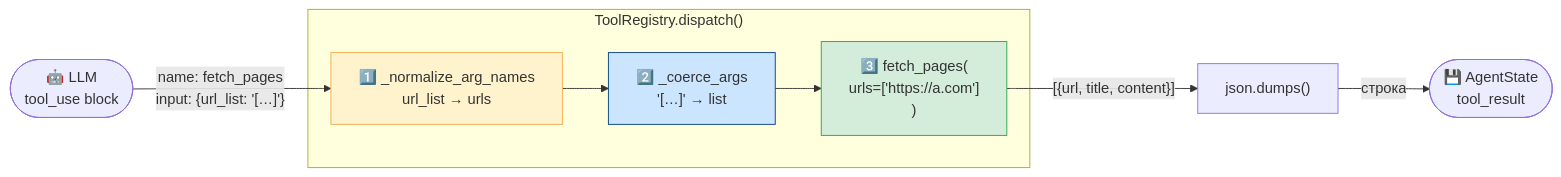
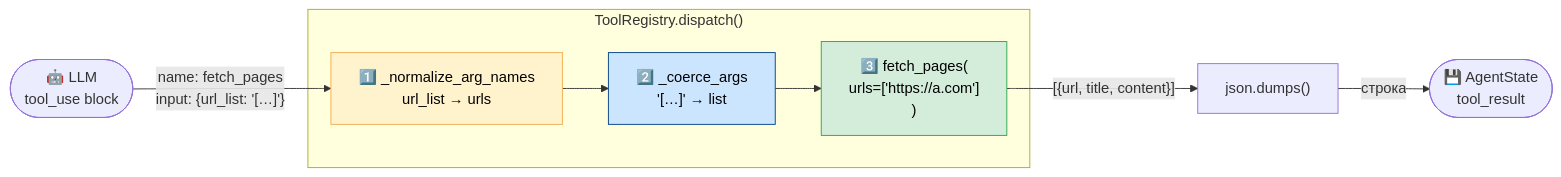
One commit to ivanshamaev/research-agent changed the diagram in docs/07-registry.md. Above: the diagram before and after it, drawn with Mermaid. The commit also changed 5 other files, not shown here.

````diff
--- a/docs/07-registry.md
+++ b/docs/07-registry.md
@@ -198,20 +198,20 @@
 ```mermaid
 flowchart LR
     LLM(["🤖 LLM\ntool_use block"])
 
     LLM -->|"name: fetch_pages\ninput: {url_list: '[…]'}"| N
 
     subgraph dispatch["ToolRegistry.dispatch()"]
         N["1️⃣ _normalize_arg_names\nurl_list → urls"]
         C["2️⃣ _coerce_args\n'[…]' → list"]
         F["3️⃣ fetch_pages(\nurls=['https://a.com']\n)"]
         N --> C --> F
     end
 
     F -->|"[{url, title, content}]"| S["json.dumps()"]
     S -->|строка| State(["💾 AgentState\ntool_result"])
 
-    style N fill:#fff3cd,stroke:#f0ad4e
-    style C fill:#cce5ff,stroke:#004085
-    style F fill:#d4edda,stroke:#28a745
+    style N fill:#fff3cd,stroke:#f0ad4e,color:#000
+    style C fill:#cce5ff,stroke:#004085,color:#000
+    style F fill:#d4edda,stroke:#28a745,color:#000
 ```
````
